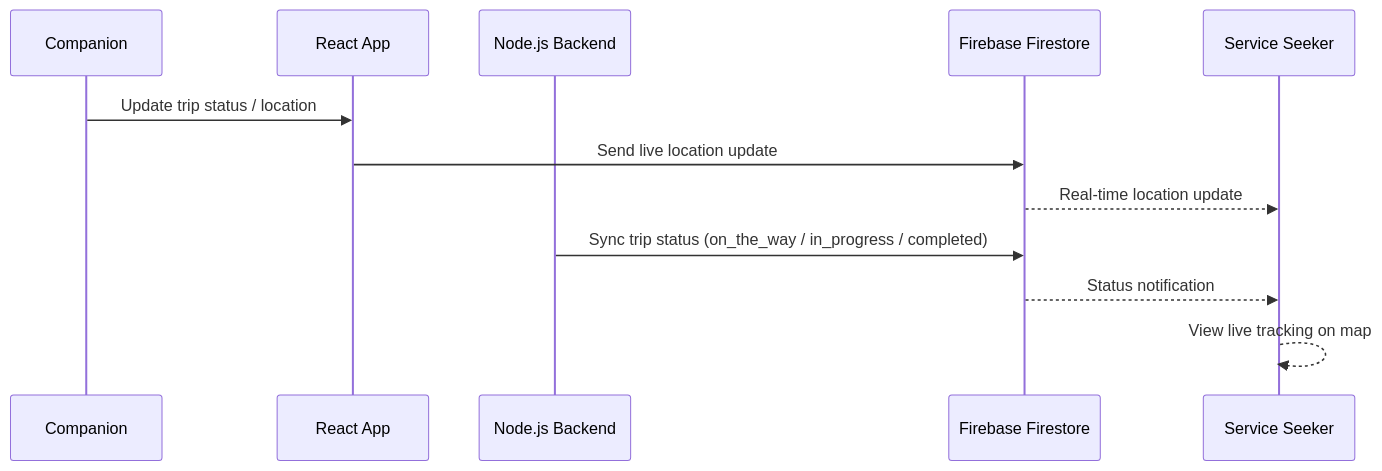
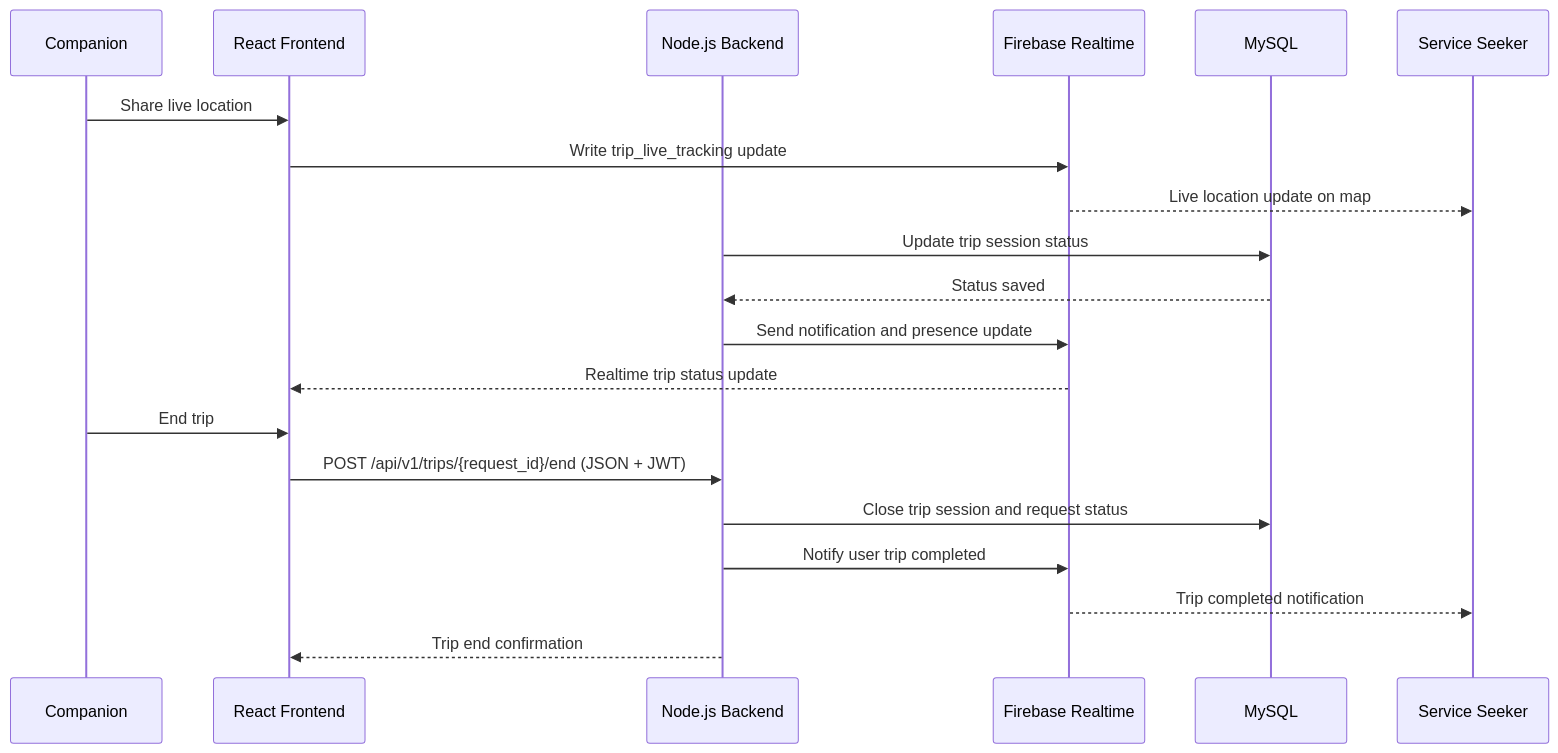
The third of 3 diagrams in Stage 3/3. Create High-Level Sequence Diagrams/High-Level Sequence Diagrams.md (aziz5g-tech/holbertonschool-portfolio-project), drawn with Mermaid before and after one commit. The commit also changed other lines of this file, not shown here.

Commit message:
Fix: sequence diagrams for service requests

````diff
--- a/Stage 3/3. Create High-Level Sequence Diagrams/High-Level Sequence Diagrams.md
+++ b/Stage 3/3. Create High-Level Sequence Diagrams/High-Level Sequence Diagrams.md
@@ -63,19 +65,25 @@
 ```mermaid
+sequenceDiagram
+    participant Companion as Companion
+    participant Frontend as React Frontend
+    participant Backend as Node.js Backend
+    participant Firebase as Firebase Realtime
+    participant MySQL
+    participant User as Service Seeker
 
-    sequenceDiagram
-    participant Companion
-    participant Frontend as React App
-    participant API as Node.js Backend
-    participant FirebaseDB as Firebase Firestore
-    participant Family as Service Seeker
+    Companion->>Frontend: Share live location
+    Frontend->>Firebase: Write trip_live_tracking update
+    Firebase-->>User: Live location update on map
 
-    Companion->>Frontend: Update trip status / location
-    Frontend->>FirebaseDB: Send live location update
+    Backend->>MySQL: Update trip session status
+    MySQL-->>Backend: Status saved
+    Backend->>Firebase: Send notification and presence update
+    Firebase-->>Frontend: Realtime trip status update
 
-    FirebaseDB-->>Family: Real-time location update
-
-    API->>FirebaseDB: Sync trip status (on_the_way / in_progress / completed)
-    FirebaseDB-->>Family: Status notification
-
-    Family-->>Family: View live tracking on map
+    Companion->>Frontend: End trip
+    Frontend->>Backend: POST /api/v1/trips/{request_id}/end (JSON + JWT)
+    Backend->>MySQL: Close trip session and request status
+    Backend->>Firebase: Notify user trip completed
+    Firebase-->>User: Trip completed notification
+    Backend-->>Frontend: Trip end confirmation
 ```
````
